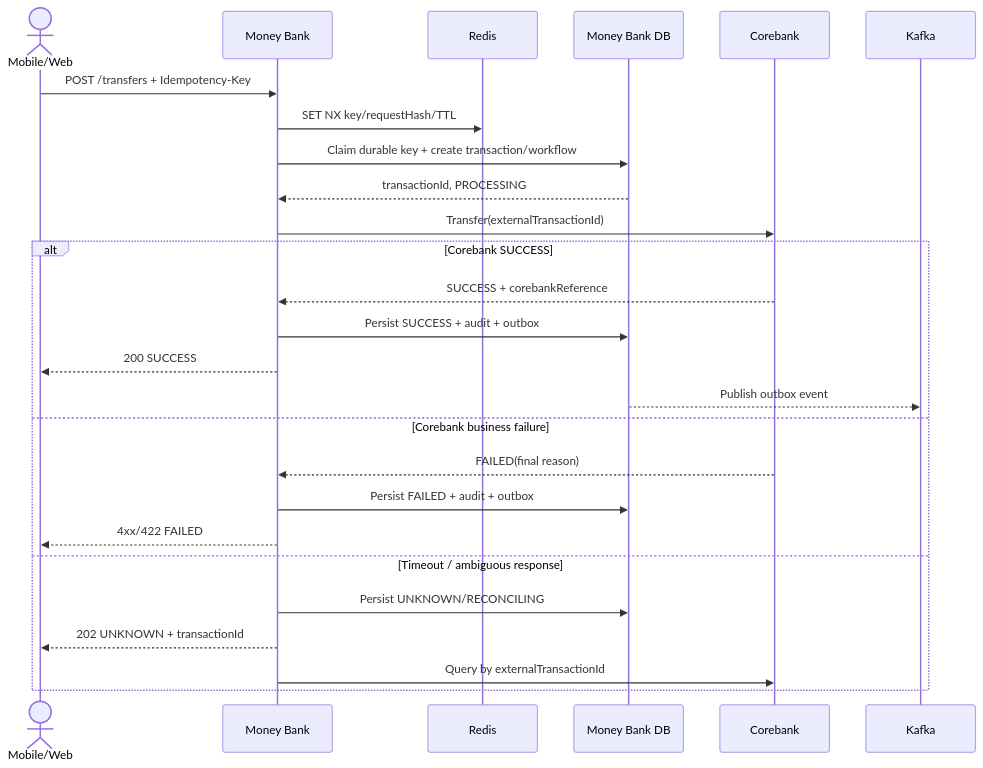
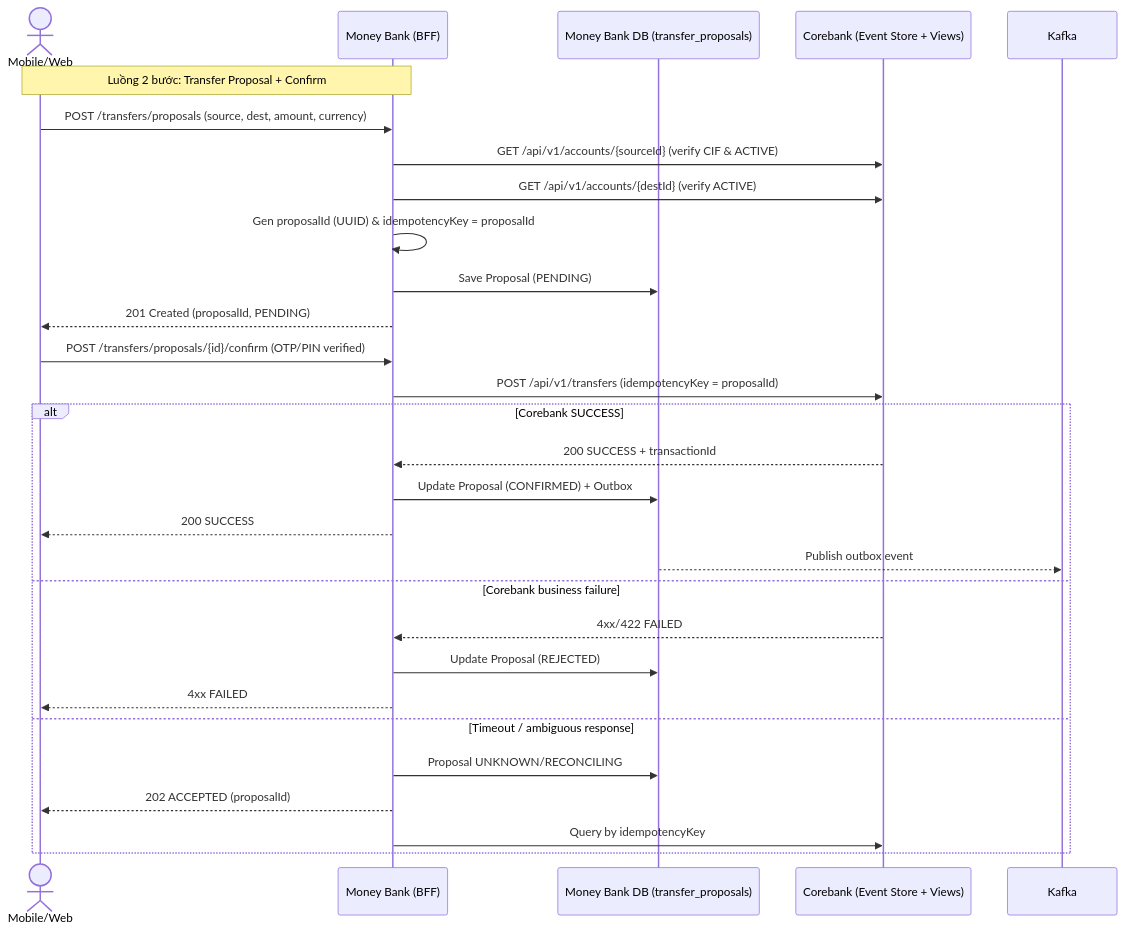
One commit to Kieuhieu1408/simulation-bank-platform changed the second of 2 diagrams in money-bank/docs/srd.md. Above: the diagram before and after it, drawn with Mermaid. The commit also changed other lines of this file and 52 other files, not shown here.

First line of the commit message:
refactor(money-bank): align with corebank architecture and standardize server-side idempotency keys

````diff
--- a/money-bank/docs/srd.md
+++ b/money-bank/docs/srd.md
@@ -239,29 +254,33 @@
 ```mermaid
 sequenceDiagram
   actor U as Mobile/Web
-  participant M as Money Bank
-  participant R as Redis
-  participant D as Money Bank DB
-  participant C as Corebank
+  participant M as Money Bank (BFF)
+  participant D as Money Bank DB (transfer_proposals)
+  participant C as Corebank (Event Store + Views)
   participant K as Kafka
 
-  U->>M: POST /transfers + Idempotency-Key
-  M->>R: SET NX key/requestHash/TTL
-  M->>D: Claim durable key + create transaction/workflow
-  D-->>M: transactionId, PROCESSING
-  M->>C: Transfer(externalTransactionId)
+  Note over U,M: Luồng 2 bước: Transfer Proposal + Confirm
+  U->>M: POST /transfers/proposals (source, dest, amount, currency)
+  M->>C: GET /api/v1/accounts/{sourceId} (verify CIF & ACTIVE)
+  M->>C: GET /api/v1/accounts/{destId} (verify ACTIVE)
+  M->>M: Gen proposalId (UUID) & idempotencyKey = proposalId
+  M->>D: Save Proposal (PENDING)
+  M-->>U: 201 Created (proposalId, PENDING)
+  
+  U->>M: POST /transfers/proposals/{id}/confirm (OTP/PIN verified)
+  M->>C: POST /api/v1/transfers (idempotencyKey = proposalId)
   alt Corebank SUCCESS
-    C-->>M: SUCCESS + corebankReference
-    M->>D: Persist SUCCESS + audit + outbox
+    C-->>M: 200 SUCCESS + transactionId
+    M->>D: Update Proposal (CONFIRMED) + Outbox
     M-->>U: 200 SUCCESS
     D-->>K: Publish outbox event
   else Corebank business failure
-    C-->>M: FAILED(final reason)
-    M->>D: Persist FAILED + audit + outbox
-    M-->>U: 4xx/422 FAILED
+    C-->>M: 4xx/422 FAILED
+    M->>D: Update Proposal (REJECTED)
+    M-->>U: 4xx FAILED
   else Timeout / ambiguous response
-    M->>D: Persist UNKNOWN/RECONCILING
-    M-->>U: 202 UNKNOWN + transactionId
-    M->>C: Query by externalTransactionId
+    M->>D: Proposal UNKNOWN/RECONCILING
+    M-->>U: 202 ACCEPTED (proposalId)
+    M->>C: Query by idempotencyKey
   end
 ```
````
